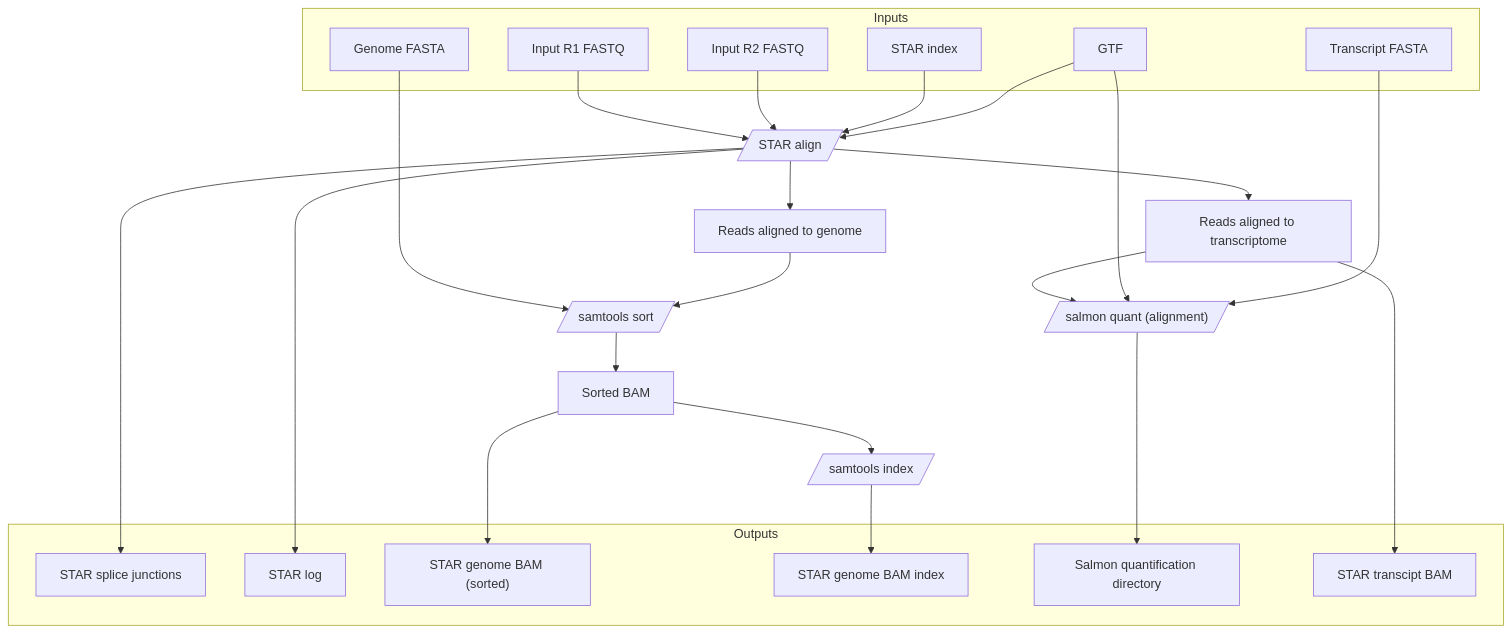
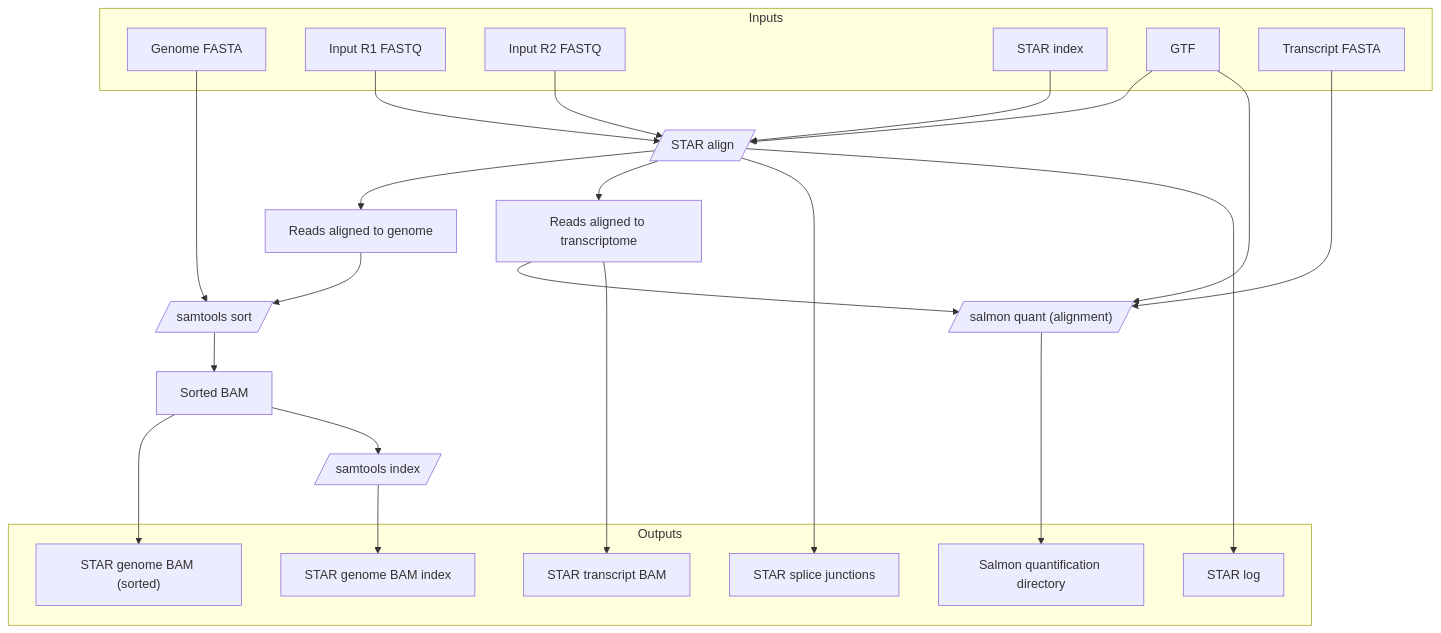
Before and after one commit to viash-hub/rnaseq: the fourth of 4 diagrams in README.md, drawn with Mermaid. The commit also changed 1 other file, not shown here.

Commit message:
Arrange alignment_quanitifaction diagram

````diff
--- a/README.md
+++ b/README.md
@@ -148,42 +148,42 @@
 ``` mermaid
 flowchart TB
 
   subgraph inputs[Inputs]
+    input_genome_fasta[Genome FASTA]
     input_r1[Input R1 FASTQ]
     input_r2[Input R2 FASTQ]
-    input_genome_fasta[Genome FASTA]
+    input_star_genome_dir[STAR index]
+    input_gtf[GTF]
     input_transcript_fasta[Transcript FASTA]
-    input_gtf[GTF]
-    input_star_genome_dir[STAR index]
   end
 
   input_r1 & input_r2 & input_star_genome_dir  & input_gtf -->
     star_align_reads[/STAR align/] -->
     reads_aligned_to_genome[Reads aligned to genome] & reads_aligned_to_transcriptome & output_star_junctions & output_star_log
 
   input_genome_fasta & reads_aligned_to_genome -->
     samtools_sort[/samtools sort/] -->
     sorted_bam[Sorted BAM] -->
     output_star_bam_genome
 
   sorted_bam -->
     samtools_index[/samtools index/] -->
     output_star_bam_genome_index
 
   reads_aligned_to_transcriptome[Reads aligned to transcriptome] & input_gtf & input_transcript_fasta -->
     salmon_quant_alignment[/"salmon quant (alignment)"/]  -->
     output_salmon
 
   reads_aligned_to_transcriptome --> output_star_bam_transcriptome
 
   subgraph outputs[Outputs]
     output_star_bam_genome["STAR genome BAM (sorted)"]
     output_star_bam_genome_index[STAR genome BAM index]
     output_star_junctions[STAR splice junctions]
     output_star_log[STAR log]
-    output_star_bam_transcriptome[STAR transcipt BAM]
+    output_star_bam_transcriptome[STAR transcript BAM]
     output_salmon[Salmon quantification directory]
   end
 
   classDef info stroke-dasharray: 4 4
 ```
````
